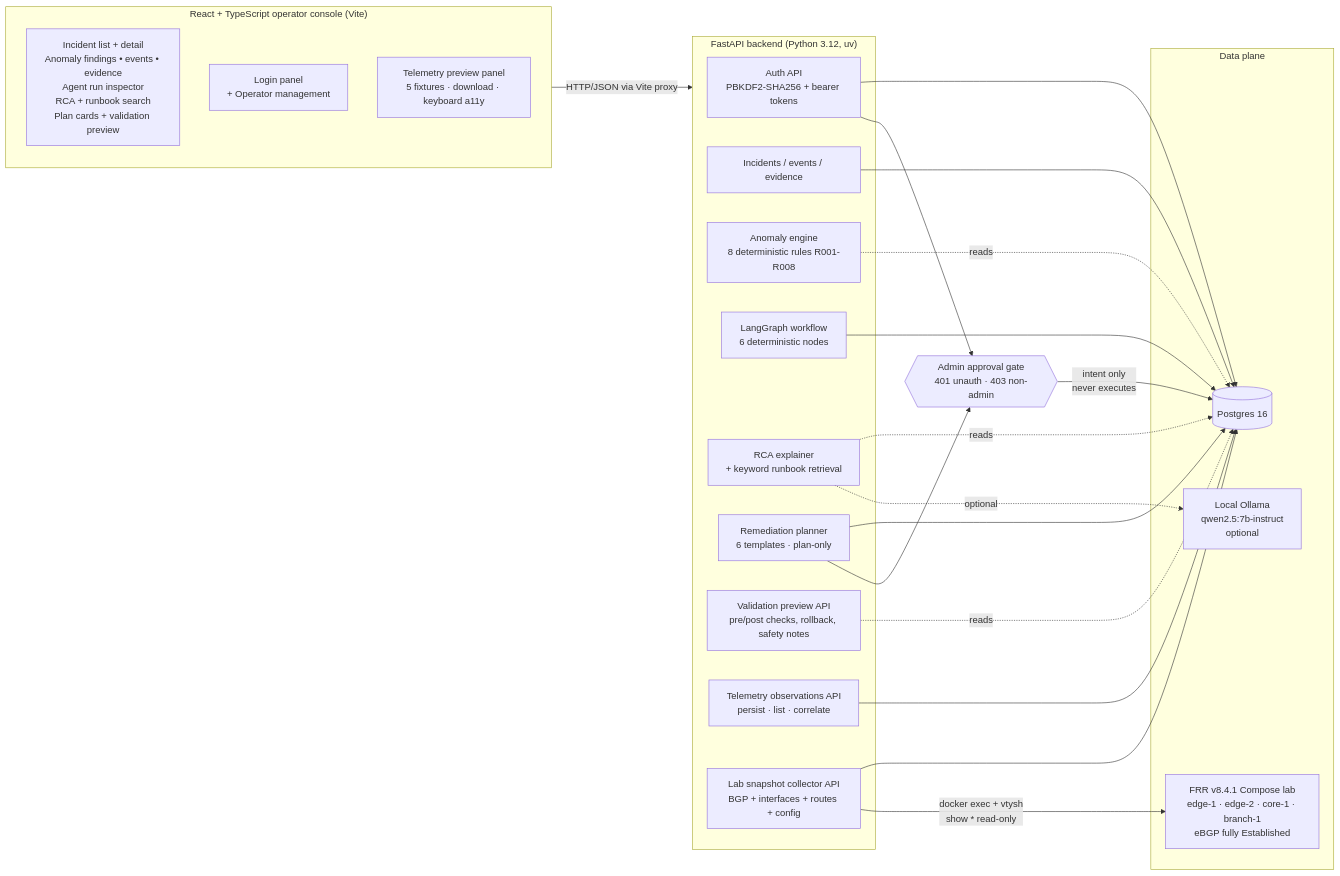
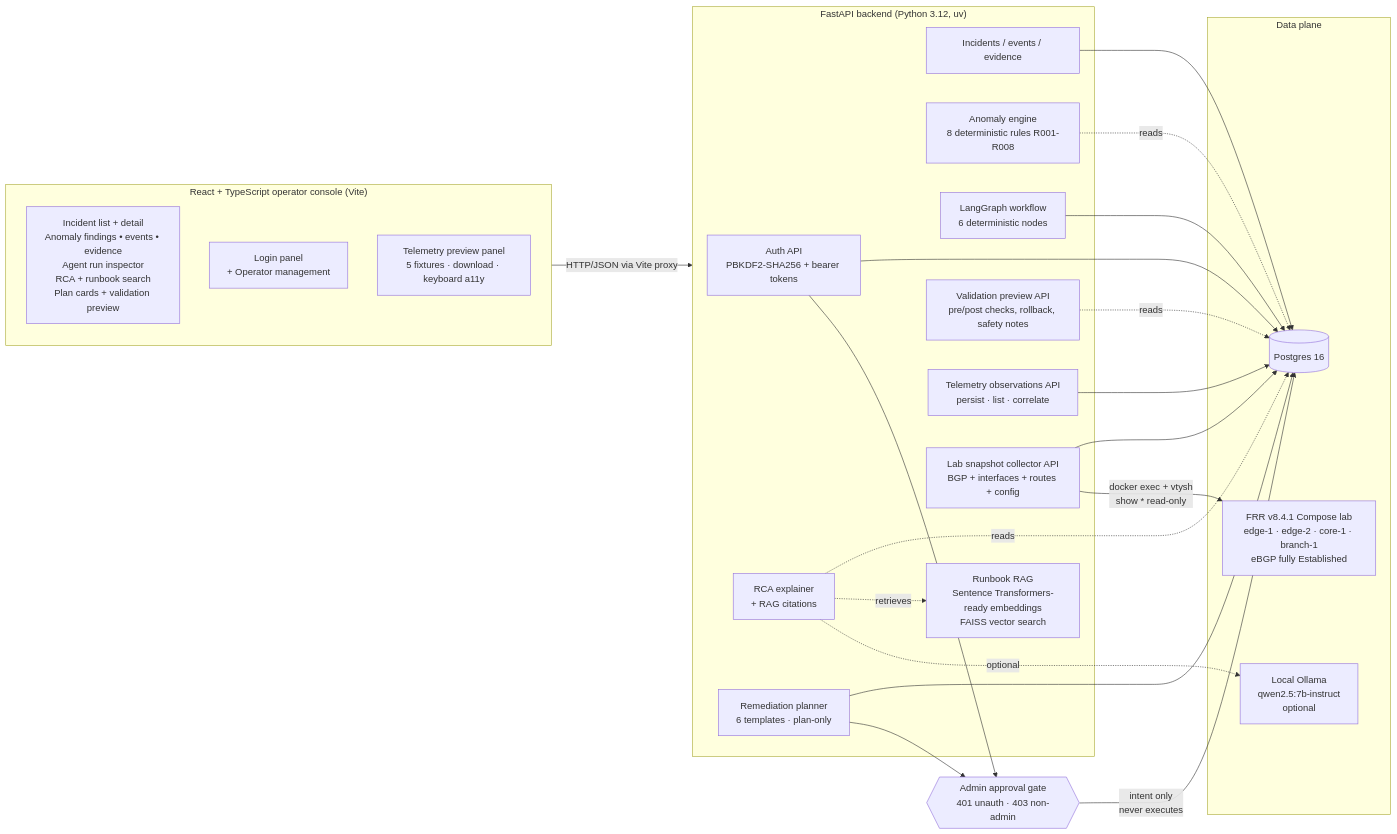
The diagram in README.md (ChandanaNandi/neuronoc-network-ops-assistant), drawn with Mermaid before and after one commit. The commit also changed other lines of this file and 11 other files, not shown here.

Commit message:
Add runbook RAG with FAISS citations

````diff
--- a/README.md
+++ b/README.md
@@ -44,47 +44,49 @@
 ```mermaid
 flowchart LR
     subgraph Console["React + TypeScript operator console (Vite)"]
         UI[Incident list + detail<br/>Anomaly findings • events • evidence<br/>Agent run inspector<br/>RCA + runbook search<br/>Plan cards + validation preview]
         LoginUI[Login panel<br/>+ Operator management]
         TelemUI[Telemetry preview panel<br/>5 fixtures · download · keyboard a11y]
     end
 
     subgraph Backend["FastAPI backend (Python 3.12, uv)"]
         AuthAPI[Auth API<br/>PBKDF2-SHA256 + bearer tokens]
         IncidentsAPI[Incidents / events / evidence]
         AnomalyEngine[Anomaly engine<br/>8 deterministic rules R001-R008]
         AgentWF[LangGraph workflow<br/>6 deterministic nodes]
-        RCAExp[RCA explainer<br/>+ keyword runbook retrieval]
+        RCAExp[RCA explainer<br/>+ RAG citations]
+        VectorRAG[Runbook RAG<br/>Sentence Transformers-ready embeddings<br/>FAISS vector search]
         Planner[Remediation planner<br/>6 templates · plan-only]
         ValidationAPI[Validation preview API<br/>pre/post checks, rollback, safety notes]
         TelemetryAPI[Telemetry observations API<br/>persist · list · correlate]
         LabAPI[Lab snapshot collector API<br/>BGP + interfaces + routes + config]
     end
 
     subgraph DataPlane["Data plane"]
         PG[(Postgres 16)]
         Ollama[Local Ollama<br/>qwen2.5:7b-instruct<br/>optional]
         Lab[FRR v8.4.1 Compose lab<br/>edge-1 · edge-2 · core-1 · branch-1<br/>eBGP fully Established]
     end
 
     Console -- HTTP/JSON via Vite proxy --> Backend
 
     AuthAPI --> PG
     IncidentsAPI --> PG
     AgentWF --> PG
     Planner --> PG
     TelemetryAPI --> PG
     LabAPI --> PG
 
     AnomalyEngine -. reads .-> PG
     RCAExp -. reads .-> PG
+    RCAExp -. retrieves .-> VectorRAG
     ValidationAPI -. reads .-> PG
 
     RCAExp -. optional .-> Ollama
     LabAPI -- docker exec + vtysh<br/>show * read-only --> Lab
 
     AuthGate{{Admin approval gate<br/>401 unauth · 403 non-admin}}
     Planner --> AuthGate
     AuthAPI --> AuthGate
     AuthGate -- intent only<br/>never executes --> PG
 ```
````
